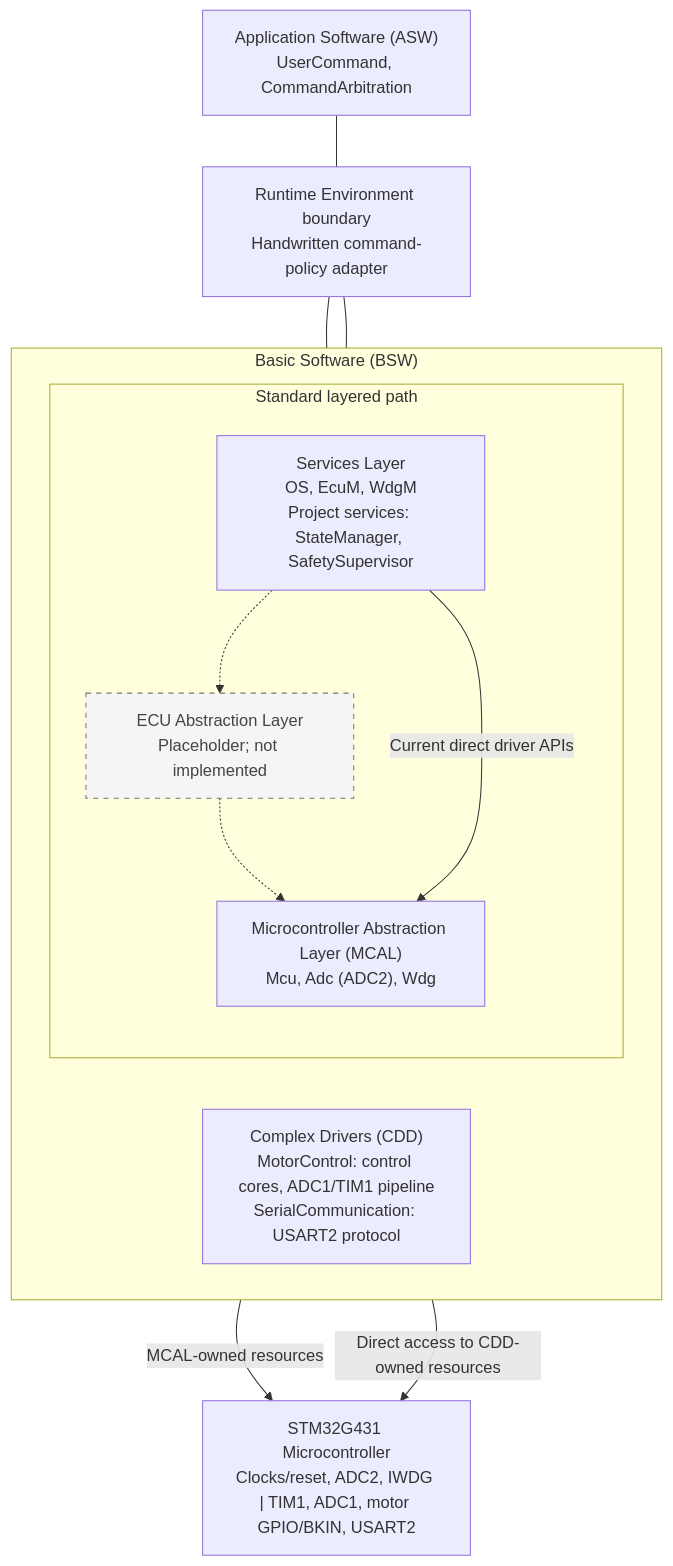
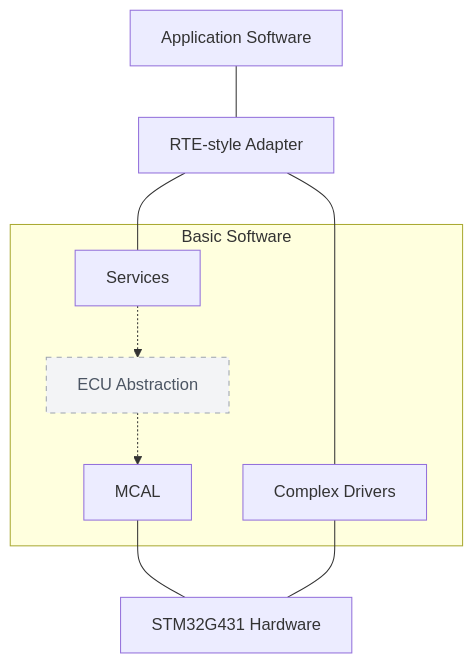
Before and after one commit to DucHieuBui1/stm32g431-autosar-inspired-motor-control: the diagram in README.md, drawn with Mermaid. The commit also changed other lines of this file and 1 other file, not shown here.

Commit message:
docs: simplify architecture diagrams and layer descriptions

````diff
--- a/README.md
+++ b/README.md
@@ -21,26 +21,21 @@
 ```mermaid
 flowchart TB
-  ASW["Application Software (ASW)<br/>UserCommand, CommandArbitration"]
-  RTE["Runtime Environment boundary<br/>Handwritten command-policy adapter"]
-  subgraph BSW["Basic Software (BSW)"]
-    direction LR
-    subgraph STANDARD["Standard layered path"]
-      direction TB
-      SERVICES["Services Layer<br/>OS, EcuM, WdgM<br/>Project services: StateManager, SafetySupervisor"]
-      ECU["ECU Abstraction Layer<br/>Placeholder; not implemented"]
-      MCAL["Microcontroller Abstraction Layer (MCAL)<br/>Mcu, Adc (ADC2), Wdg"]
-      SERVICES -.-> ECU
-      ECU -.-> MCAL
-      SERVICES -->|"Current direct driver APIs"| MCAL
-    end
-    CDD["Complex Drivers (CDD)<br/>MotorControl: control cores, ADC1/TIM1 pipeline<br/>SerialCommunication: USART2 protocol"]
+  ASW["Application Software"]
+  RTE["RTE-style Adapter"]
+  subgraph BSW["Basic Software"]
+    SERVICES["Services"]
+    ECU["ECU Abstraction"]
+    MCAL["MCAL"]
+    CDD["Complex Drivers"]
+    SERVICES -.-> ECU
+    ECU -.-> MCAL
   end
-  HW["STM32G431 Microcontroller<br/>Clocks/reset, ADC2, IWDG | TIM1, ADC1, motor GPIO/BKIN, USART2"]
+  HW["STM32G431 Hardware"]
   ASW --- RTE
   RTE --- SERVICES
   RTE --- CDD
-  MCAL -->|"MCAL-owned resources"| HW
-  CDD -->|"Direct access to CDD-owned resources"| HW
-  classDef pending fill:#f5f5f5,stroke:#777,stroke-dasharray:5 5,color:#444
+  MCAL --- HW
+  CDD --- HW
+  classDef pending fill:#f3f4f6,stroke:#9ca3af,stroke-dasharray:5 5,color:#4b5563
   class ECU pending
 ```
````
